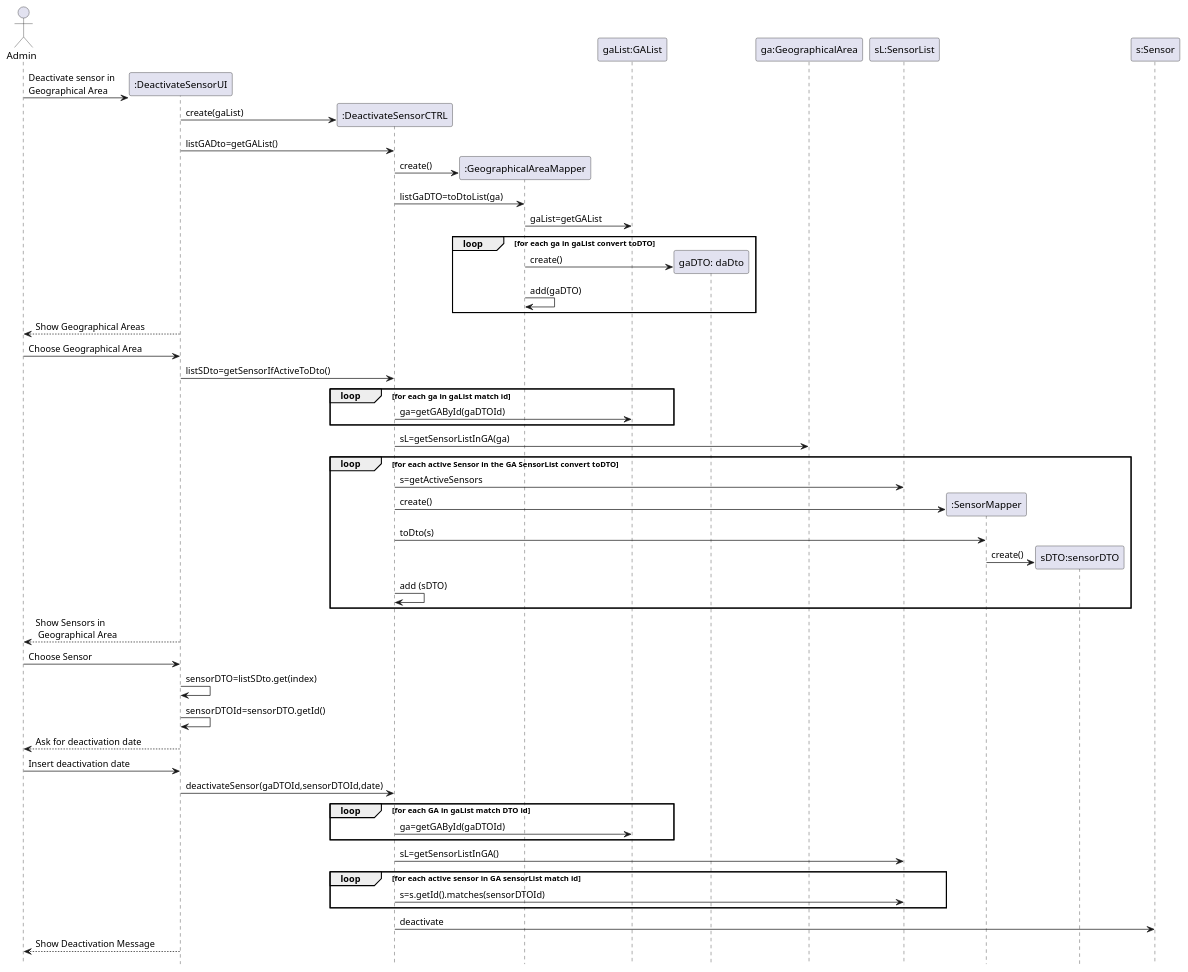
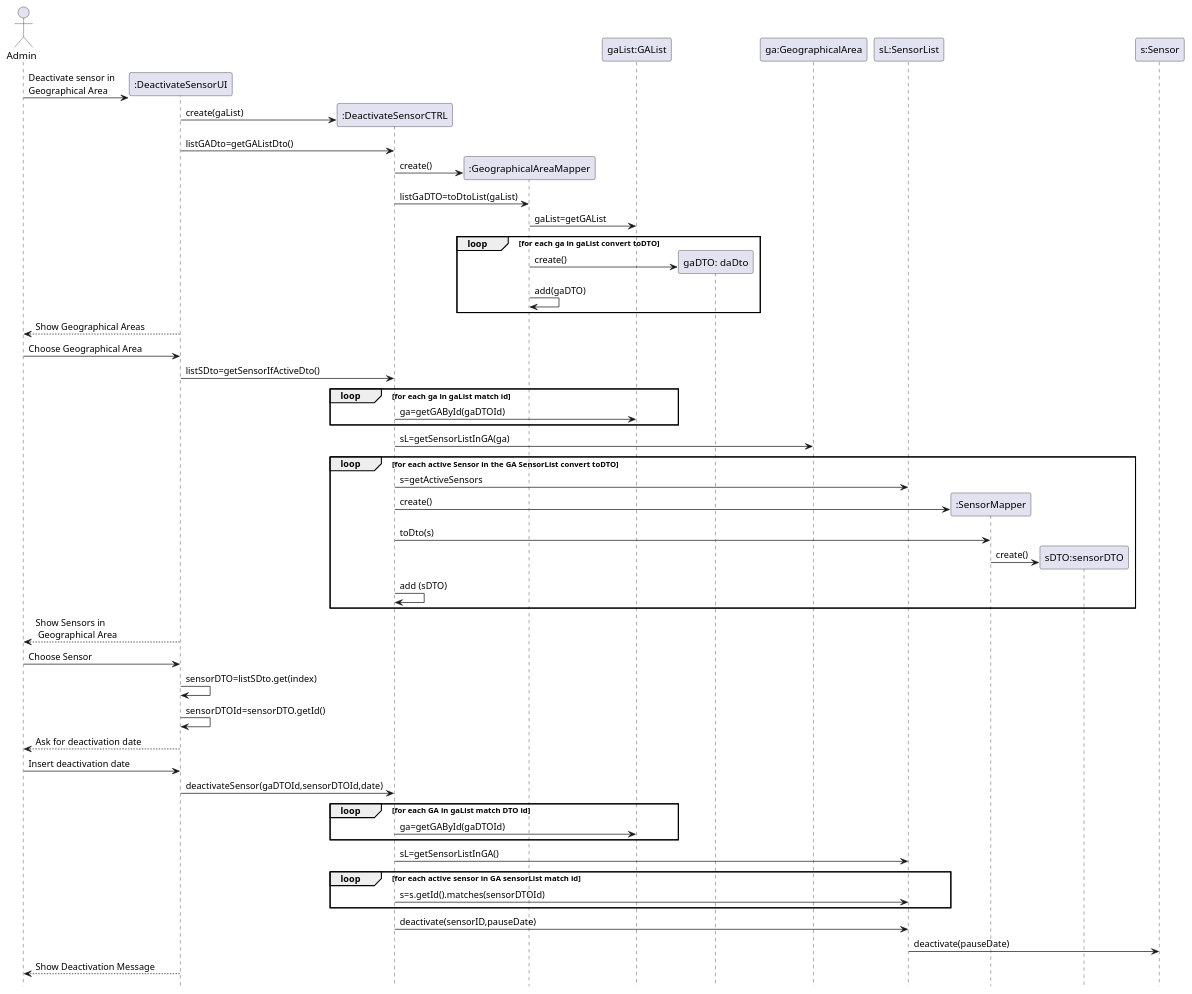
Before and after one commit to emanuel-pereira/hou: the diagram in src/main/java/smarthome/controller/sequenceDiagrams/sd_DeactivateSensor.puml, drawn with PlantUML. The commit also changed 6 other files, not shown here.

Commit message:
Improve DeactivateSensor methods, more slim. Now, the CTRL doesn't deactivate a device directly, the responsibility is of the SensorList. Ref #119

```diff
--- a/src/main/java/smarthome/controller/sequenceDiagrams/sd_DeactivateSensor.puml
+++ b/src/main/java/smarthome/controller/sequenceDiagrams/sd_DeactivateSensor.puml
@@ -1,66 +1,68 @@
 @startuml
 hidefootbox
 actor Admin
 
 create ":DeactivateSensorUI"
 Admin -> ":DeactivateSensorUI":  Deactivate sensor in \nGeographical Area
 create ":DeactivateSensorCTRL"
 ":DeactivateSensorUI" -> ":DeactivateSensorCTRL": create(gaList)
 
-":DeactivateSensorUI" -> ":DeactivateSensorCTRL": listGADto=getGAList()
+":DeactivateSensorUI" -> ":DeactivateSensorCTRL": listGADto=getGAListDto()
 
 create ":GeographicalAreaMapper"
 ":DeactivateSensorCTRL"->":GeographicalAreaMapper":create()
-":DeactivateSensorCTRL"->":GeographicalAreaMapper":listGaDTO=toDtoList(ga)
+":DeactivateSensorCTRL"->":GeographicalAreaMapper":listGaDTO=toDtoList(gaList)
 ":GeographicalAreaMapper" -> "gaList:GAList": gaList=getGAList
 
 loop for each ga in gaList convert toDTO
 create "gaDTO: daDto"
 ":GeographicalAreaMapper"->"gaDTO: daDto":create()
 ":GeographicalAreaMapper"->":GeographicalAreaMapper":add(gaDTO)
 end
 
 Admin <-- ":DeactivateSensorUI": Show Geographical Areas
 Admin -> ":DeactivateSensorUI": Choose Geographical Area
 
 
-":DeactivateSensorUI" -> ":DeactivateSensorCTRL": listSDto=getSensorIfActiveToDto()
+":DeactivateSensorUI" -> ":DeactivateSensorCTRL": listSDto=getSensorIfActiveDto()
 loop for each ga in gaList match id
 ":DeactivateSensorCTRL"->"gaList:GAList": ga=getGAById(gaDTOId)
 end
 
 ":DeactivateSensorCTRL"->"ga:GeographicalArea":sL=getSensorListInGA(ga)
 
 loop for each active Sensor in the GA SensorList convert toDTO
 ":DeactivateSensorCTRL" -> "sL:SensorList":s=getActiveSensors
 create ":SensorMapper"
 ":DeactivateSensorCTRL"->":SensorMapper":create()
 ":DeactivateSensorCTRL"->":SensorMapper":toDto(s)
 create "sDTO:sensorDTO"
 ":SensorMapper"->"sDTO:sensorDTO":create()
 ":DeactivateSensorCTRL" -> ":DeactivateSensorCTRL":add (sDTO)
 end
 
 Admin <-- ":DeactivateSensorUI": Show Sensors in\n Geographical Area
 Admin -> ":DeactivateSensorUI": Choose Sensor
 
 ":DeactivateSensorUI" -> ":DeactivateSensorUI":sensorDTO=listSDto.get(index)
 ":DeactivateSensorUI" -> ":DeactivateSensorUI":sensorDTOId=sensorDTO.getId()
 
 Admin <-- ":DeactivateSensorUI": Ask for deactivation date
 Admin -> ":DeactivateSensorUI": Insert deactivation date
 
 ":DeactivateSensorUI" -> ":DeactivateSensorCTRL":deactivateSensor(gaDTOId,sensorDTOId,date)
 
 loop for each GA in gaList match DTO id
 ":DeactivateSensorCTRL"->"gaList:GAList": ga=getGAById(gaDTOId)
 end
 ":DeactivateSensorCTRL"->"sL:SensorList": sL=getSensorListInGA()
 loop for each active sensor in GA sensorList match id
 ":DeactivateSensorCTRL"->"sL:SensorList": s=s.getId().matches(sensorDTOId)
 end
-":DeactivateSensorCTRL"->"s:Sensor":deactivate
+":DeactivateSensorCTRL"->"sL:SensorList":deactivate(sensorID,pauseDate)
+"sL:SensorList"->"s:Sensor":deactivate(pauseDate)
+
 
 Admin <-- ":DeactivateSensorUI": Show Deactivation Message
 
 @enduml
```
